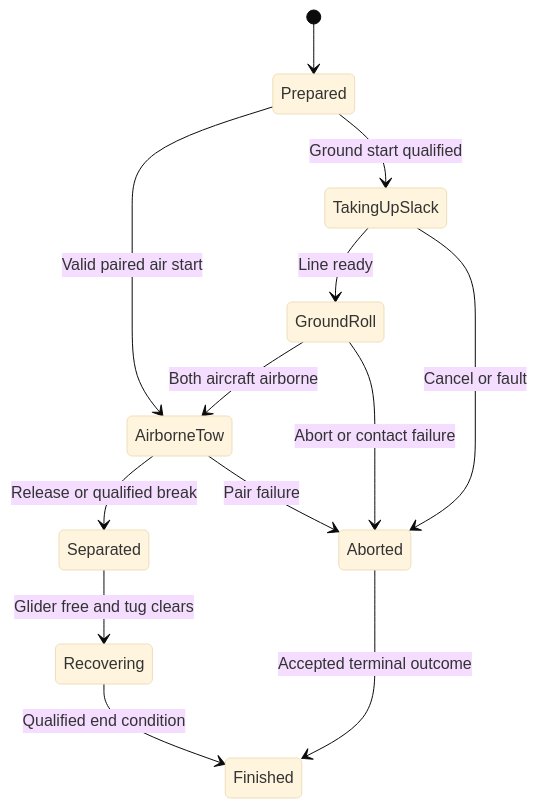
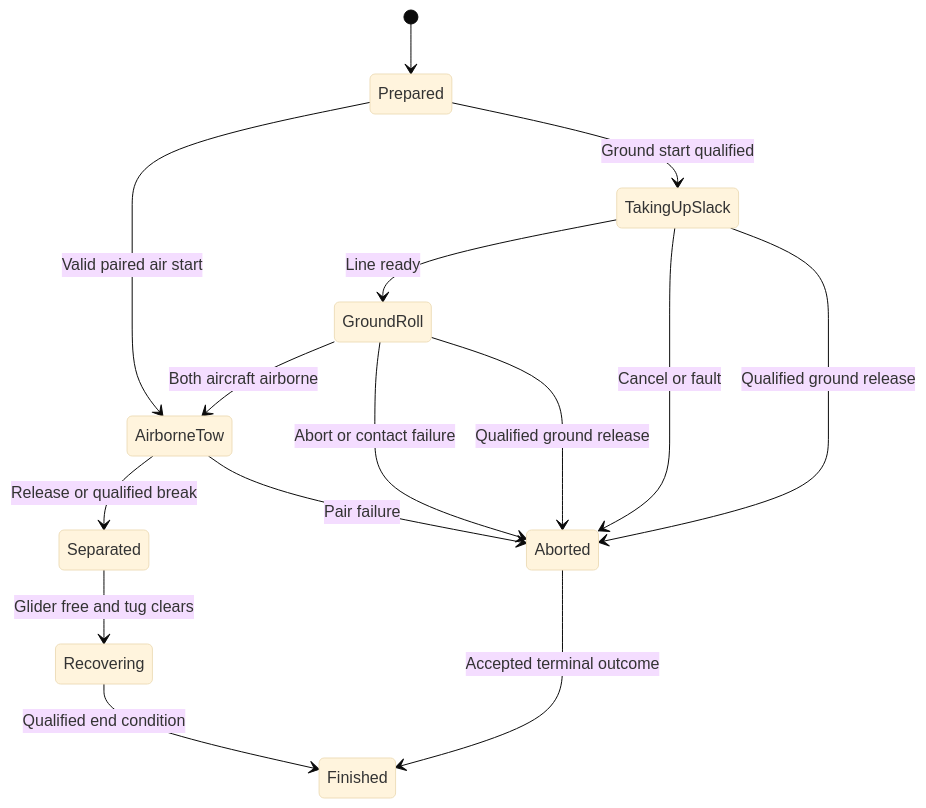
Before and after one commit to bultodepapas/OpenRCsimulator: the diagram in docs/plans/glider-soaring/01-launch-and-control.md, drawn with Mermaid (base theme). The commit also changed other lines of this file and 8 other files, not shown here.

```diff
--- a/docs/plans/glider-soaring/01-launch-and-control.md
+++ b/docs/plans/glider-soaring/01-launch-and-control.md
@@ -95,15 +95,17 @@
 ~~~mermaid
 stateDiagram-v2
   [*] --> Prepared
   Prepared --> AirborneTow: Valid paired air start
   Prepared --> TakingUpSlack: Ground start qualified
   TakingUpSlack --> GroundRoll: Line ready
   GroundRoll --> AirborneTow: Both aircraft airborne
   TakingUpSlack --> Aborted: Cancel or fault
   GroundRoll --> Aborted: Abort or contact failure
+  TakingUpSlack --> Aborted: Qualified ground release
+  GroundRoll --> Aborted: Qualified ground release
   AirborneTow --> Separated: Release or qualified break
   AirborneTow --> Aborted: Pair failure
   Separated --> Recovering: Glider free and tug clears
   Recovering --> Finished: Qualified end condition
   Aborted --> Finished: Accepted terminal outcome
 ~~~
```
